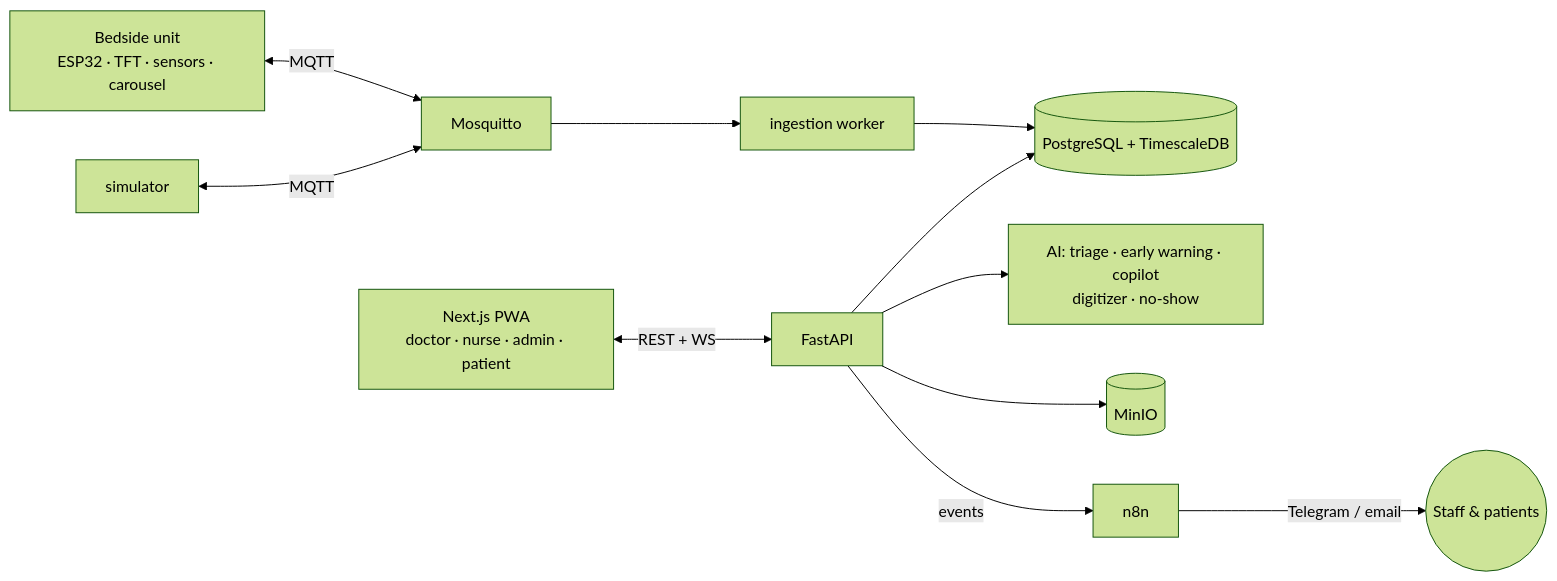
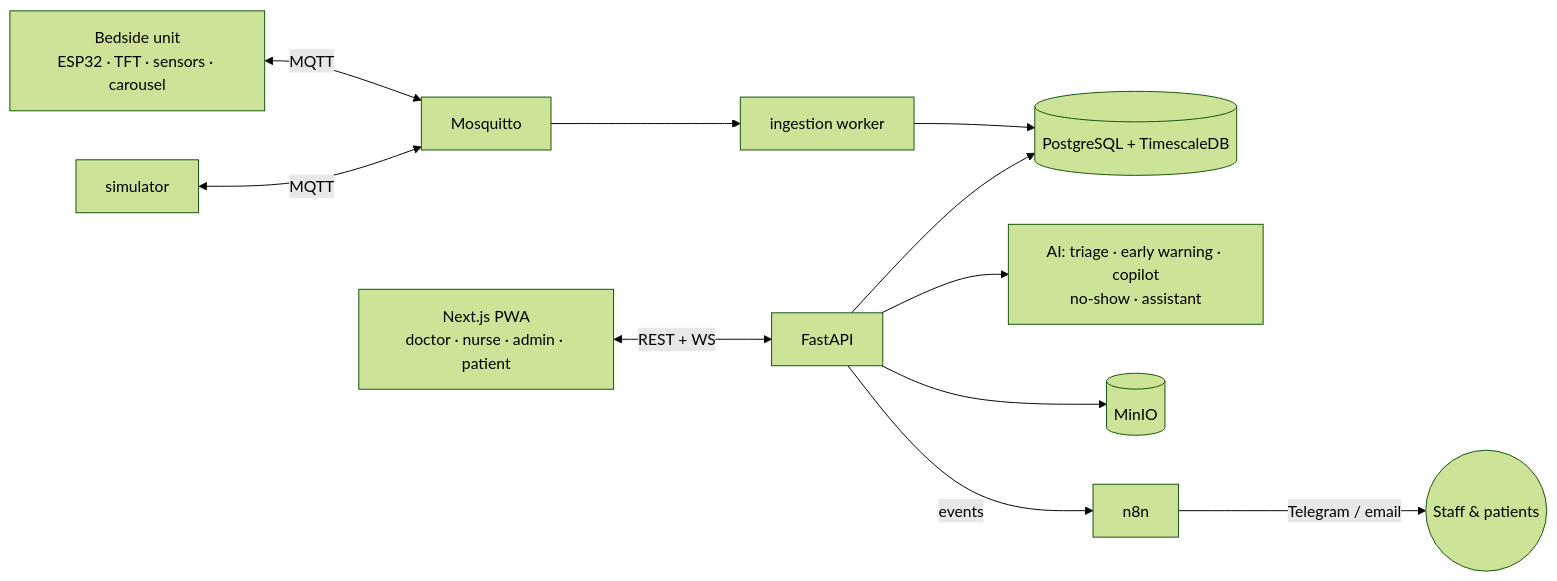
One commit to Faouzi-Blibech/smarty-hospital- changed the diagram in README.md. Above: the diagram before and after it, drawn with Mermaid (forest theme). The commit also changed other lines of this file and 12 other files, not shown here.

````diff
--- a/README.md
+++ b/README.md
@@ -33,12 +33,12 @@
 ```mermaid
 flowchart LR
   BSU["Bedside unit<br/>ESP32 · TFT · sensors · carousel"] <-->|MQTT| MQ[Mosquitto]
   SIM[simulator] <-->|MQTT| MQ
   MQ --> W[ingestion worker]
   W --> DB[("PostgreSQL + TimescaleDB")]
   PWA["Next.js PWA<br/>doctor · nurse · admin · patient"] <-->|REST + WS| API[FastAPI]
   API --> DB
-  API --> AI["AI: triage · early warning · copilot<br/>digitizer · no-show"]
+  API --> AI["AI: triage · early warning · copilot<br/>no-show · assistant"]
   API --> S3[(MinIO)]
   API -->|events| N8N[n8n] -->|Telegram / email| People((Staff & patients))
 ```
````
